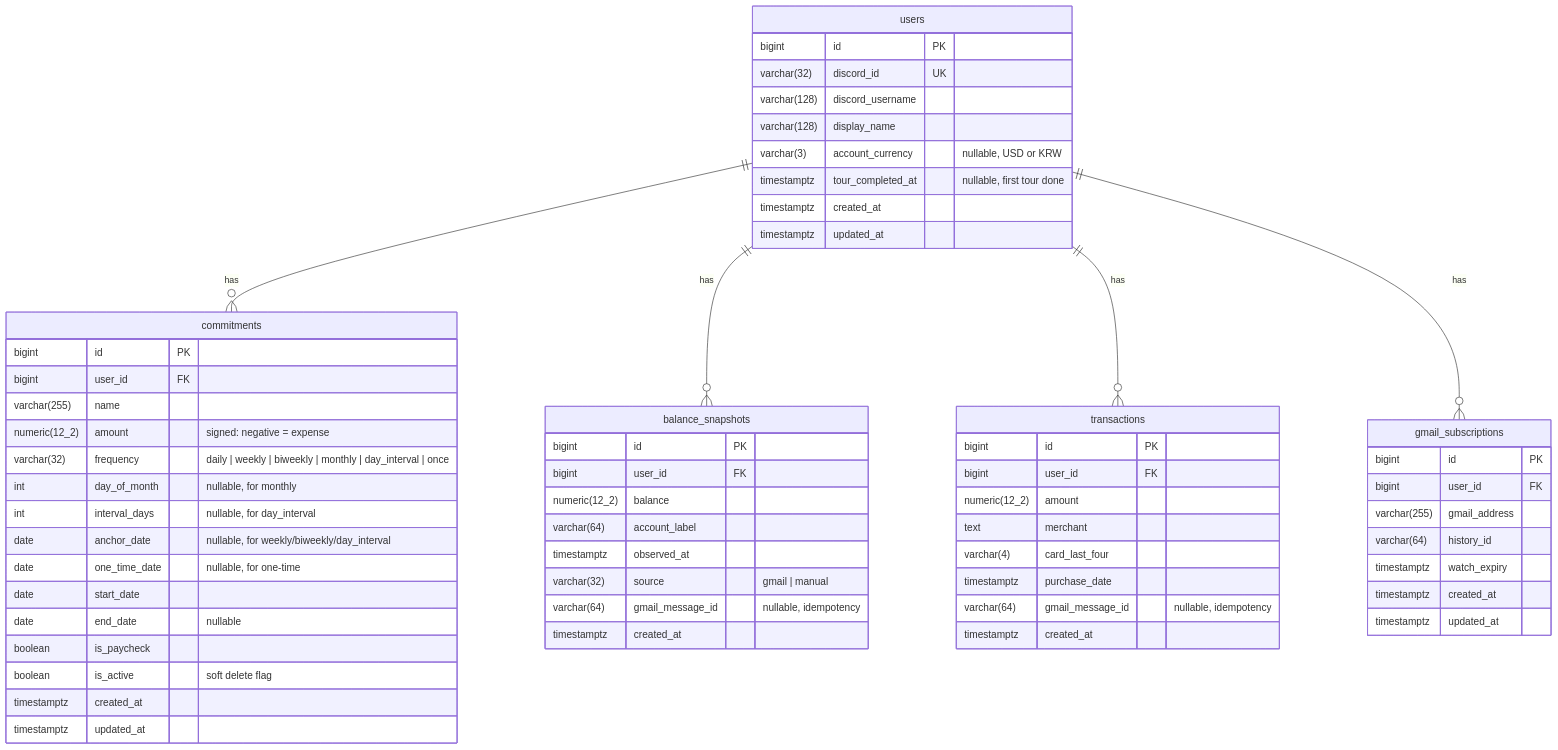
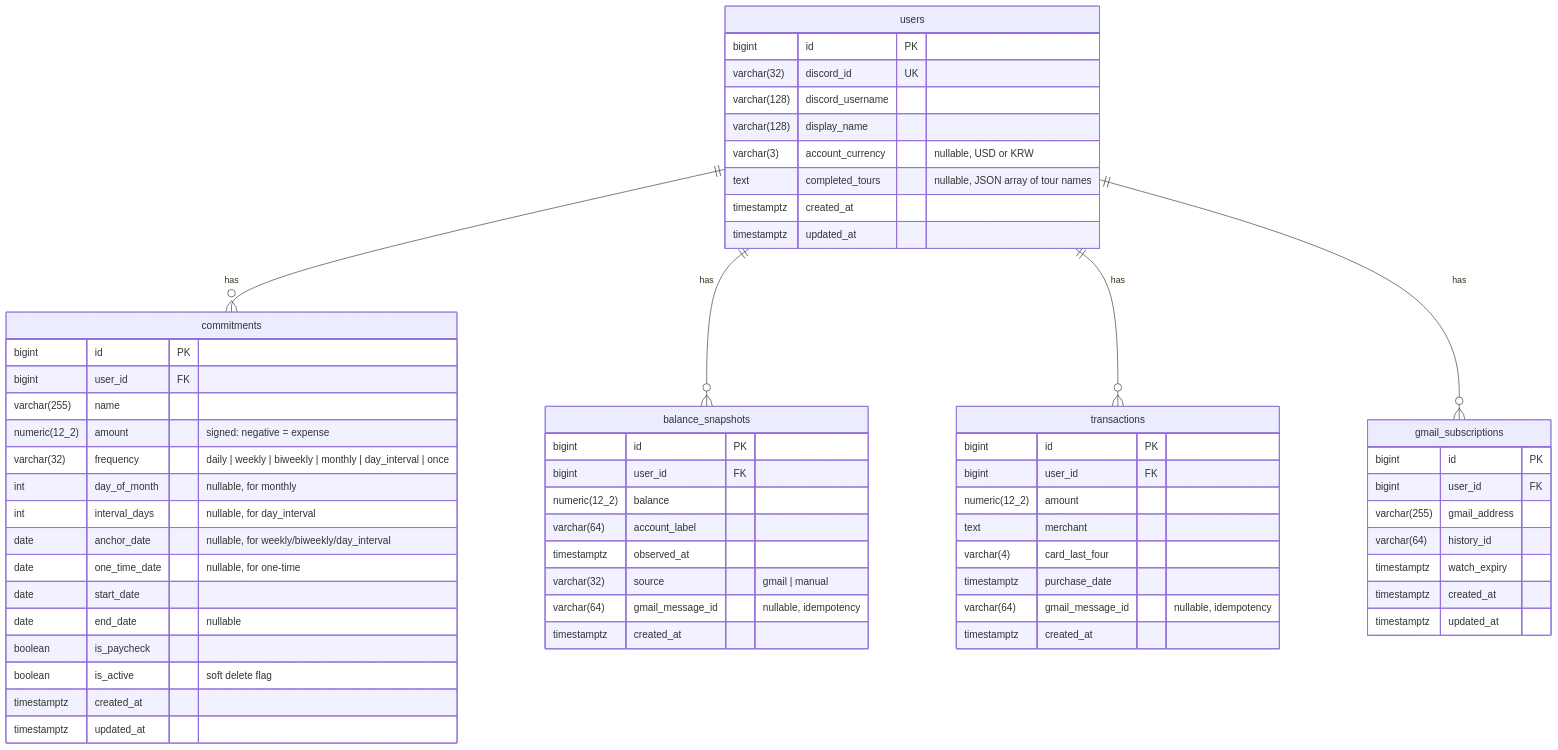
Before and after one commit to lifeforce-dev/athena: the diagram in docs/db_schema.md, drawn with Mermaid. The commit also changed other lines of this file and 7 other files, not shown here.

````diff
--- a/docs/db_schema.md
+++ b/docs/db_schema.md
@@ -7,68 +7,68 @@
 ```mermaid
 erDiagram
     users ||--o{ commitments : "has"
     users ||--o{ balance_snapshots : "has"
     users ||--o{ transactions : "has"
     users ||--o{ gmail_subscriptions : "has"
 
     users {
         bigint id PK
         varchar(32) discord_id UK
         varchar(128) discord_username
         varchar(128) display_name
         varchar(3) account_currency "nullable, USD or KRW"
-        timestamptz tour_completed_at "nullable, first tour done"
+        text completed_tours "nullable, JSON array of tour names"
         timestamptz created_at
         timestamptz updated_at
     }
 
     commitments {
         bigint id PK
         bigint user_id FK
         varchar(255) name
         numeric(12_2) amount "signed: negative = expense"
         varchar(32) frequency "daily | weekly | biweekly | monthly | day_interval | once"
         int day_of_month "nullable, for monthly"
         int interval_days "nullable, for day_interval"
         date anchor_date "nullable, for weekly/biweekly/day_interval"
         date one_time_date "nullable, for one-time"
         date start_date
         date end_date "nullable"
         boolean is_paycheck
         boolean is_active "soft delete flag"
         timestamptz created_at
         timestamptz updated_at
     }
 
     balance_snapshots {
         bigint id PK
         bigint user_id FK
         numeric(12_2) balance
         varchar(64) account_label
         timestamptz observed_at
         varchar(32) source "gmail | manual"
         varchar(64) gmail_message_id "nullable, idempotency"
         timestamptz created_at
     }
 
     transactions {
         bigint id PK
         bigint user_id FK
         numeric(12_2) amount
         text merchant
         varchar(4) card_last_four
         timestamptz purchase_date
         varchar(64) gmail_message_id "nullable, idempotency"
         timestamptz created_at
     }
 
     gmail_subscriptions {
         bigint id PK
         bigint user_id FK
         varchar(255) gmail_address
         varchar(64) history_id
         timestamptz watch_expiry
         timestamptz created_at
         timestamptz updated_at
     }
 ```
````
